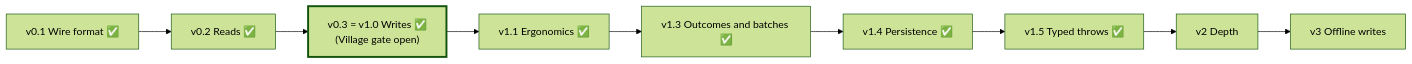
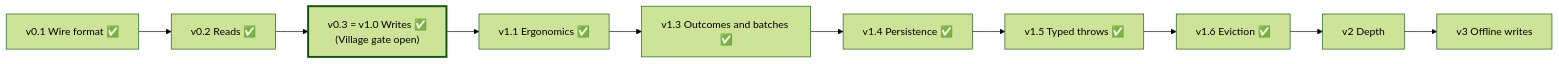
The second of 2 diagrams in docs/ARCHITECTURE.md (winsmith/ion-kit), drawn with Mermaid (forest theme) before and after one commit. The commit also changed other lines of this file and 12 other files, not shown here.

````diff
--- a/docs/ARCHITECTURE.md
+++ b/docs/ARCHITECTURE.md
@@ -478,5 +491,5 @@
 ```mermaid
 flowchart LR
-    v01["v0.1 Wire format ✅"] --> v02["v0.2 Reads ✅"] --> v03["v0.3 = v1.0 Writes ✅<br/>(Village gate open)"] --> v1x["v1.1 Ergonomics ✅"] --> v13["v1.3 Outcomes and batches ✅"] --> v14["v1.4 Persistence ✅"] --> v15["v1.5 Typed throws ✅"] --> v2["v2 Depth"] --> v3["v3 Offline writes"]
+    v01["v0.1 Wire format ✅"] --> v02["v0.2 Reads ✅"] --> v03["v0.3 = v1.0 Writes ✅<br/>(Village gate open)"] --> v1x["v1.1 Ergonomics ✅"] --> v13["v1.3 Outcomes and batches ✅"] --> v14["v1.4 Persistence ✅"] --> v15["v1.5 Typed throws ✅"] --> v16["v1.6 Eviction ✅"] --> v2["v2 Depth"] --> v3["v3 Offline writes"]
     style v03 stroke-width:3px
 ```
````
